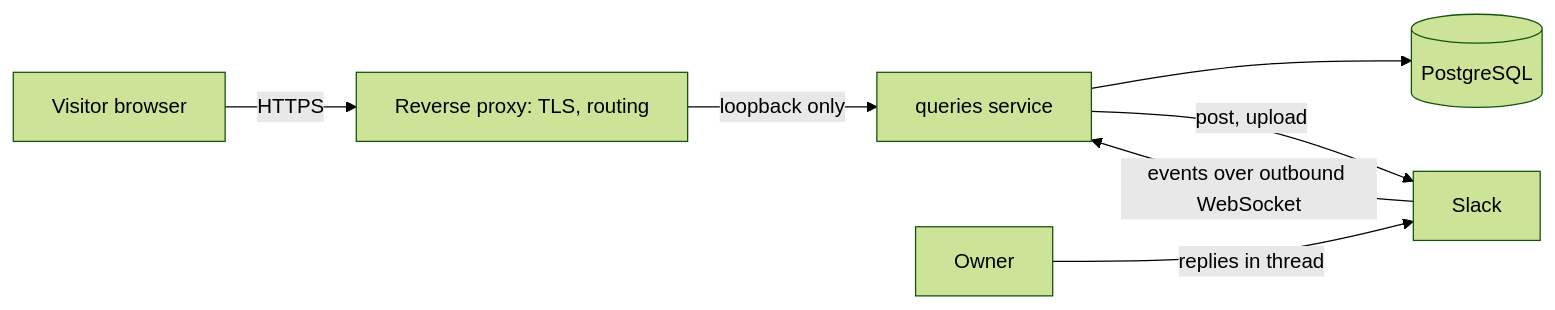
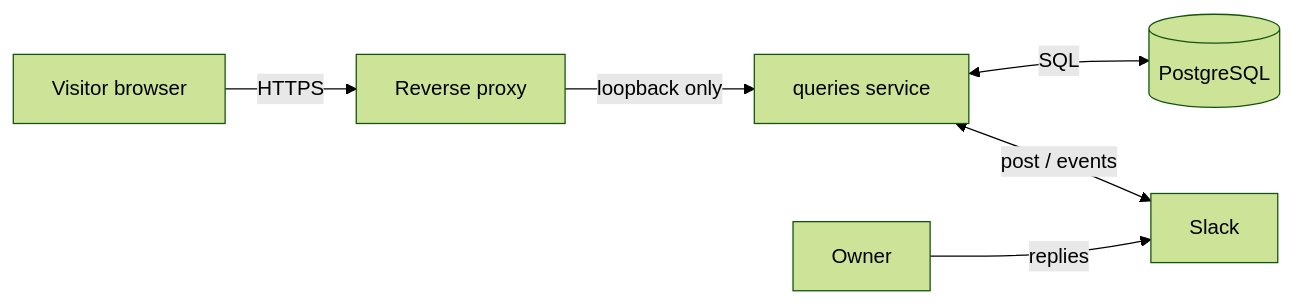
The first of 4 diagrams in docs/architecture.md (portpholiyo/queries), drawn with Mermaid (forest theme) before and after one commit.

Commit message:
Simplify the context diagram labels

````diff
--- a/docs/architecture.md
+++ b/docs/architecture.md
@@ -6,9 +6,8 @@
 ```mermaid
 flowchart LR
-  V[Visitor browser] -->|HTTPS| P[Reverse proxy: TLS, routing]
+  V[Visitor browser] -->|HTTPS| P[Reverse proxy]
   P -->|loopback only| Q[queries service]
-  Q --> D[(PostgreSQL)]
-  Q -->|post, upload| S[Slack]
-  S -->|events over outbound WebSocket| Q
-  O[Owner] -->|replies in thread| S
+  Q <-->|SQL| D[(PostgreSQL)]
+  Q <-->|post / events| S[Slack]
+  O[Owner] -->|replies| S
 ```
````
